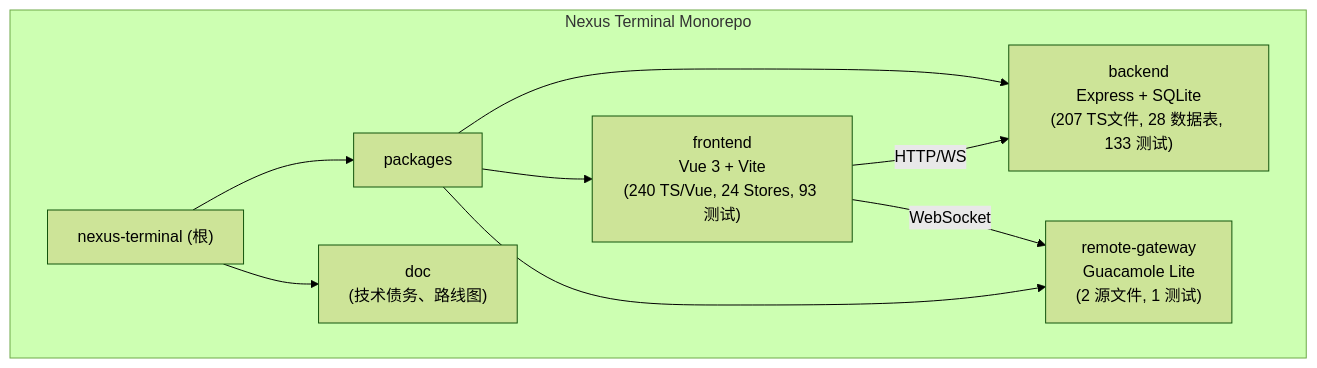
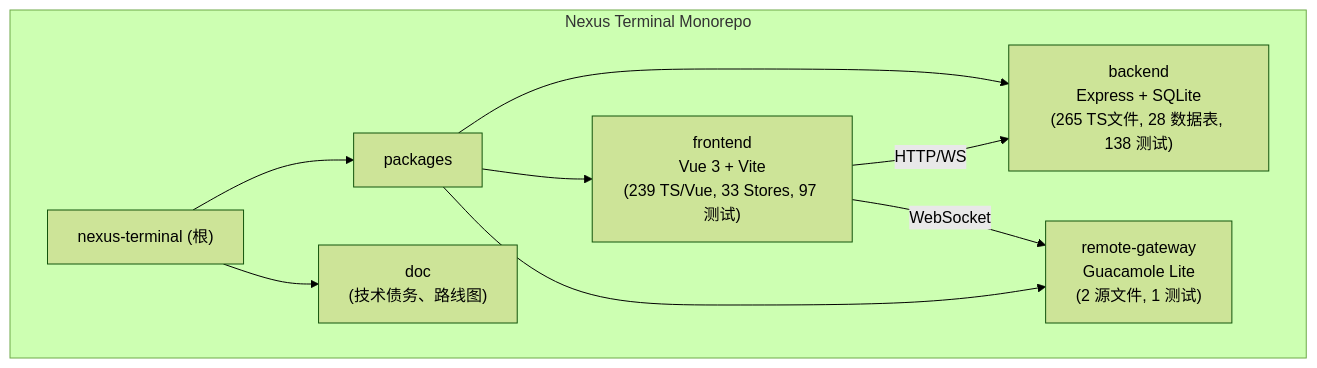
Before and after one commit to Silentely/nexus-terminal: the first of 2 diagrams in CLAUDE.md, drawn with Mermaid (forest theme). The commit also changed other lines of this file and 2 other files, not shown here.

Commit message:
📝 docs: 更新贡献指南及CI配置，同步项目架构信息
- 更新 `CONTRIBUTING.md` 开发环境要求至 Node.js 22+、npm 10+，并补充 Guacd daemon 依赖说明
- 在贡献指南中新增 monorepo 项目结构图、本地开发启动命令及测试运行方式，便于新贡献者快速上手
- 更新 `CLAUDE.md` 中后端/前端文件数、测试用例数、路由模块数和视图数，保持与代码库实际一致
- 在 `docker-publish.yml` 测试步骤注释中强调“质量门禁”语义，明确测试失败将阻止镜像构建
- 完善贡献指南末尾的参考资料链接，新增 `CLAUDE.md` 和 `docs/contributing.md` 的指引说明

````diff
--- a/CLAUDE.md
+++ b/CLAUDE.md
@@ -39,12 +39,12 @@
 ```mermaid
 graph TD
     subgraph "Nexus Terminal Monorepo"
         A["nexus-terminal (根)"] --> B["packages"]
-        B --> C["backend<br/>Express + SQLite<br/>(207 TS文件, 28 数据表, 133 测试)"]
-        B --> D["frontend<br/>Vue 3 + Vite<br/>(240 TS/Vue, 24 Stores, 93 测试)"]
+        B --> C["backend<br/>Express + SQLite<br/>(265 TS文件, 28 数据表, 138 测试)"]
+        B --> D["frontend<br/>Vue 3 + Vite<br/>(239 TS/Vue, 33 Stores, 97 测试)"]
         B --> E["remote-gateway<br/>Guacamole Lite<br/>(2 源文件, 1 测试)"]
         A --> F["doc<br/>(技术债务、路线图)"]
     end
     D -- "HTTP/WS" --> C
     D -- "WebSocket" --> E
 ```
````
